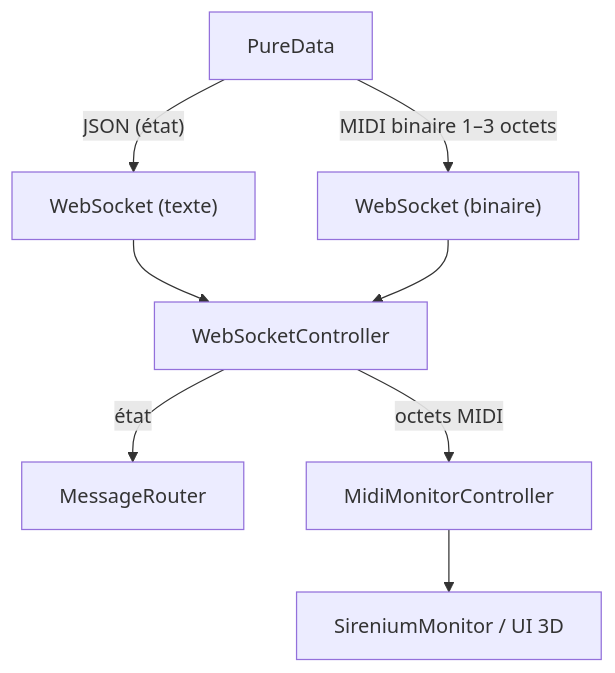
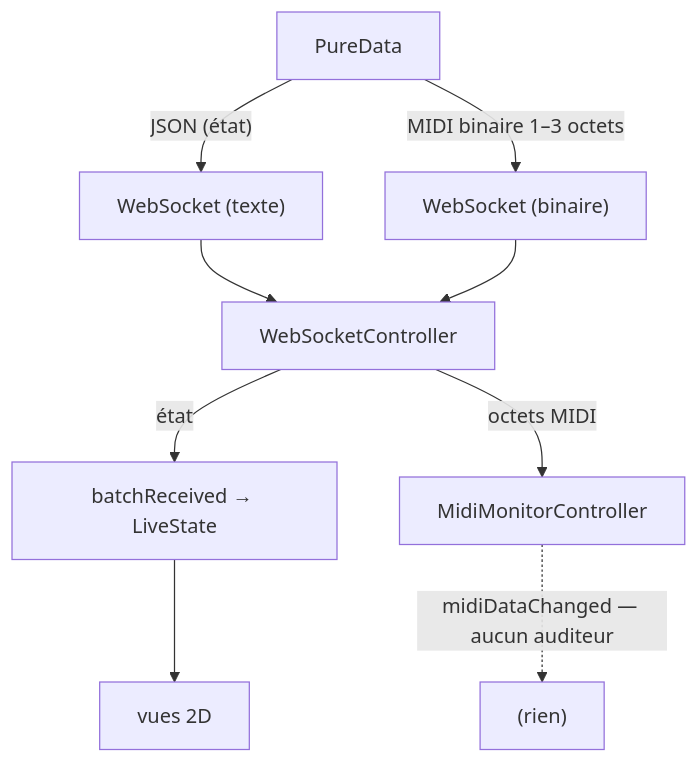
One commit to patricecolet/mecaviv-qml-ui changed the diagram in pedalierSirenium/docs/architecture_communication.md. Above: the diagram before and after it, drawn with Mermaid. The commit also changed other lines of this file and 9 other files, not shown here.

````diff
--- a/pedalierSirenium/docs/architecture_communication.md
+++ b/pedalierSirenium/docs/architecture_communication.md
@@ -10,10 +10,11 @@
 ```mermaid
 flowchart TD
   A["PureData"] -->|"JSON (état)"| B["WebSocket (texte)"]
   A -->|"MIDI binaire 1–3 octets"| C["WebSocket (binaire)"]
   B --> D["WebSocketController"]
   C --> D
-  D -->|"état"| E["MessageRouter"]
+  D -->|"état"| E["batchReceived → LiveState"]
+  E --> H["vues 2D"]
   D -->|"octets MIDI"| F["MidiMonitorController"]
-  F --> G["SireniumMonitor / UI 3D"]
+  F -.->|"midiDataChanged — aucun auditeur"| G["(rien)"]
 ```
````
